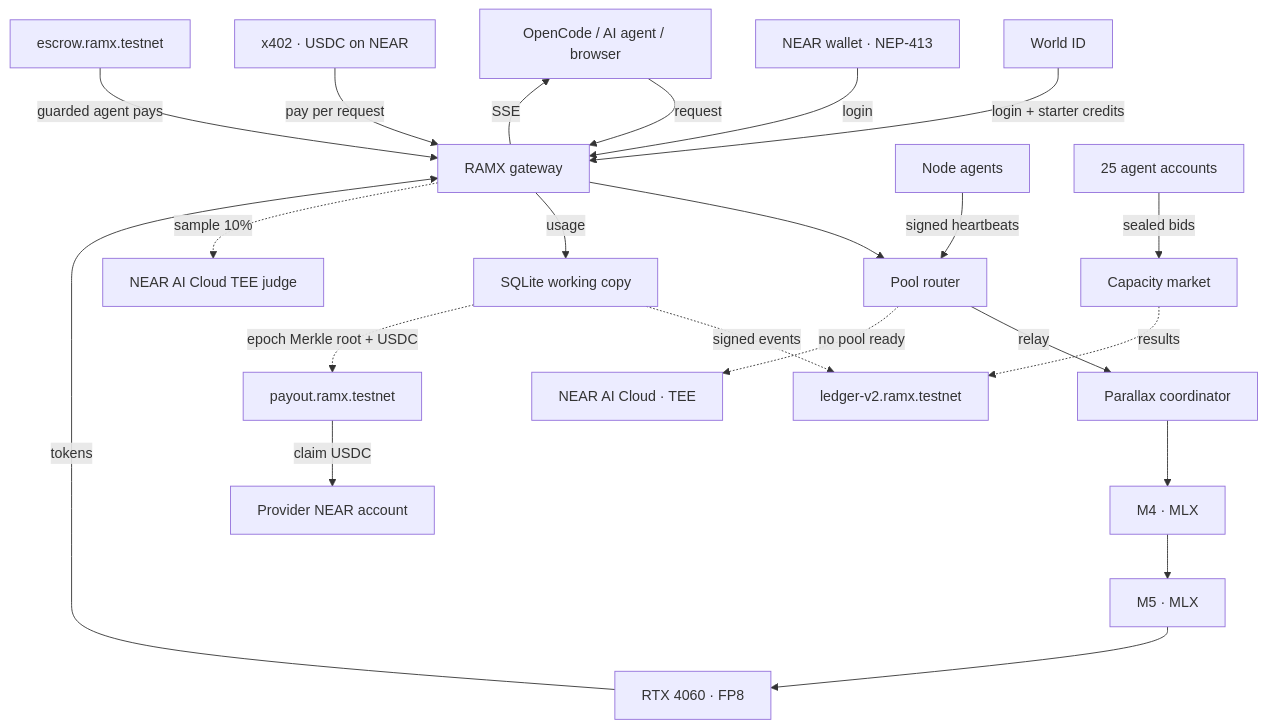
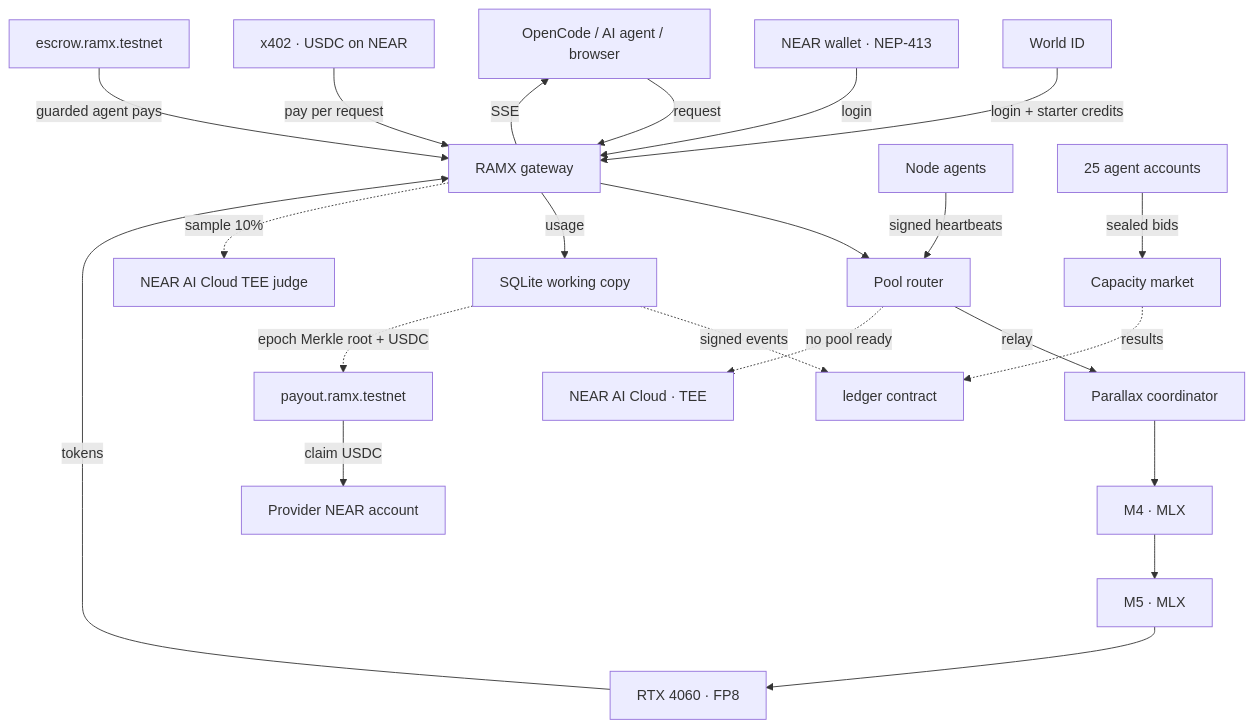
One commit to yashhhhapexxxx/RAMX changed the diagram in README.md. Above: the diagram before and after it, drawn with Mermaid. The commit also changed other lines of this file and 5 other files, not shown here.

````diff
--- a/README.md
+++ b/README.md
@@ -14,26 +55,26 @@
 ```mermaid
 flowchart TD
     Client[OpenCode / AI agent / browser] -->|request| Gateway[RAMX gateway]
     Gateway --> Router[Pool router]
     Router -->|relay| Coordinator[Parallax coordinator]
     Coordinator --> M4[M4 · MLX]
     M4 --> M5[M5 · MLX]
     M5 --> RTX[RTX 4060 · FP8]
     RTX -->|tokens| Gateway
     Gateway -->|SSE| Client
     Router -.->|no pool ready| NearAI[NEAR AI Cloud · TEE]
 
     World[World ID] -->|login + starter credits| Gateway
     Wallet[NEAR wallet · NEP-413] -->|login| Gateway
     X402[x402 · USDC on NEAR] -->|pay per request| Gateway
     Escrow[escrow.ramx.testnet] -->|guarded agent pays| Gateway
     Agents[Node agents] -->|signed heartbeats| Router
 
     Gateway -->|usage| SQLite[SQLite working copy]
-    SQLite -.->|signed events| Ledger[ledger-v2.ramx.testnet]
+    SQLite -.->|signed events| Ledger[ledger contract]
     SQLite -.->|epoch Merkle root + USDC| Payout[payout.ramx.testnet]
     Payout -->|claim USDC| Provider[Provider NEAR account]
     Gateway -.->|sample 10%| TEE[NEAR AI Cloud TEE judge]
     Swarm[25 agent accounts] -->|sealed bids| Market[Capacity market]
     Market -.->|results| Ledger
 ```
````
